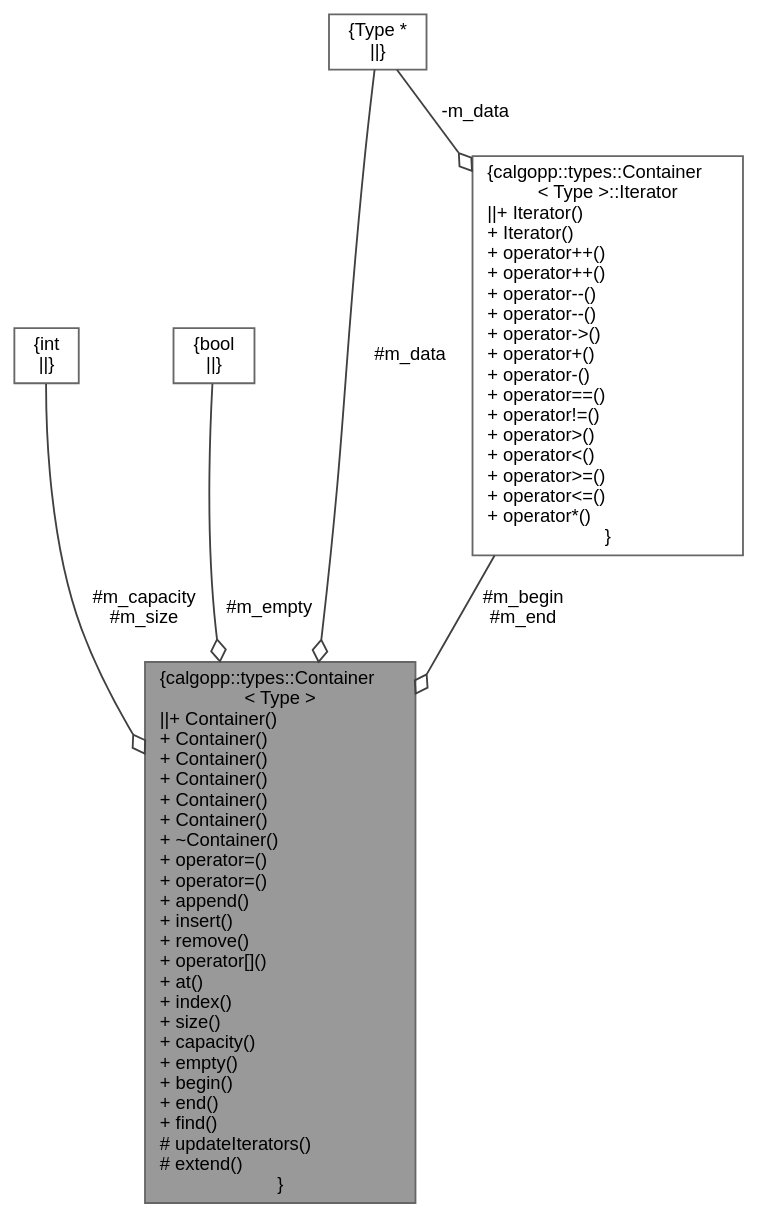
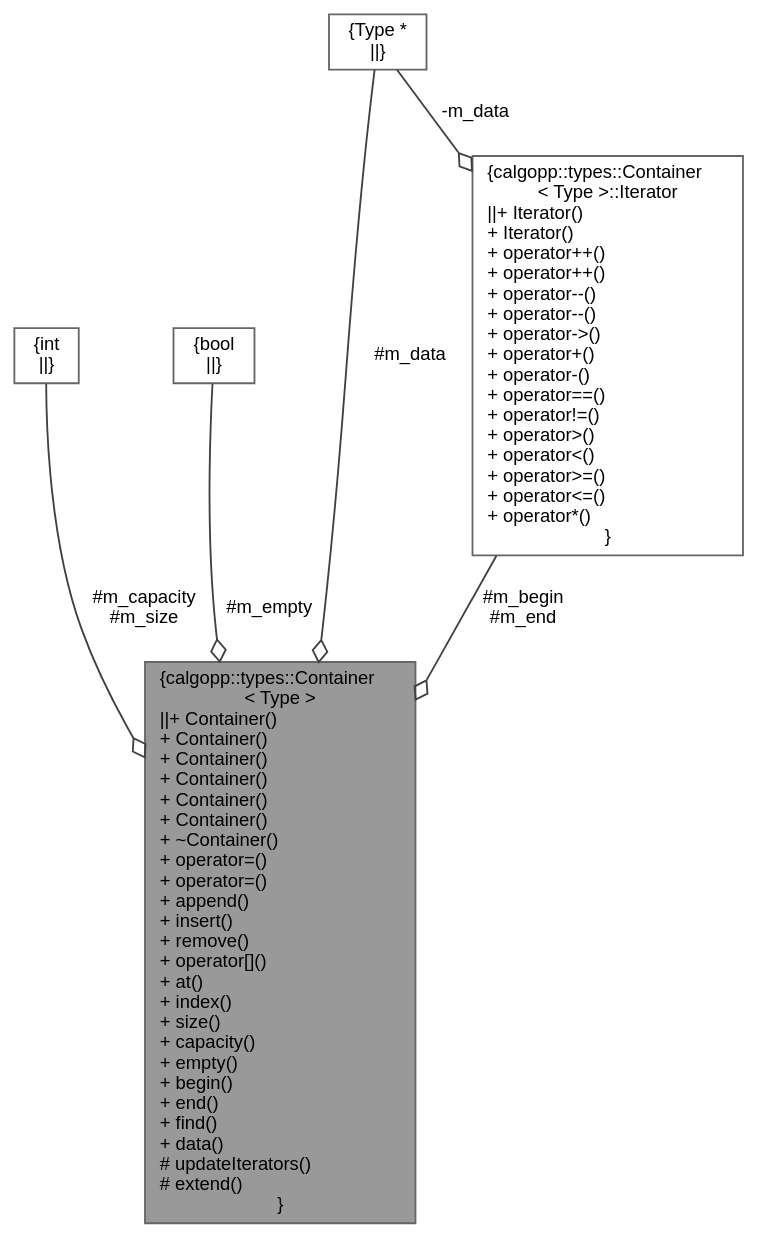
One commit to pawelekg95/algopp changed the diagram in classcalgopp_1_1types_1_1Container__coll__graph.dot. Above: the diagram before and after it, drawn with Graphviz. The commit also changed 26 other files, not shown here.

```diff
--- a/classcalgopp_1_1types_1_1Container__coll__graph.dot
+++ b/classcalgopp_1_1types_1_1Container__coll__graph.dot
@@ -1,17 +1,17 @@
 digraph "calgopp::types::Container&lt; Type &gt;"
 {
  // LATEX_PDF_SIZE
   bgcolor="transparent";
   edge [fontname=Helvetica,fontsize=10,labelfontname=Helvetica,labelfontsize=10];
   node [fontname=Helvetica,fontsize=10,shape=box,height=0.2,width=0.4];
-  Node1 [label="{calgopp::types::Container\l\< Type \>\n||+ Container()\l+ Container()\l+ Container()\l+ Container()\l+ Container()\l+ Container()\l+ ~Container()\l+ operator=()\l+ operator=()\l+ append()\l+ insert()\l+ remove()\l+ operator[]()\l+ at()\l+ index()\l+ size()\l+ capacity()\l+ empty()\l+ begin()\l+ end()\l+ find()\l# updateIterators()\l# extend()\l}",height=0.2,width=0.4,color="gray40", fillcolor="grey60", style="filled", fontcolor="black",tooltip=" "];
+  Node1 [label="{calgopp::types::Container\l\< Type \>\n||+ Container()\l+ Container()\l+ Container()\l+ Container()\l+ Container()\l+ Container()\l+ ~Container()\l+ operator=()\l+ operator=()\l+ append()\l+ insert()\l+ remove()\l+ operator[]()\l+ at()\l+ index()\l+ size()\l+ capacity()\l+ empty()\l+ begin()\l+ end()\l+ find()\l+ data()\l# updateIterators()\l# extend()\l}",height=0.2,width=0.4,color="gray40", fillcolor="grey60", style="filled", fontcolor="black",tooltip=" "];
   Node2 -> Node1 [color="grey25",style="solid",label=" #m_capacity\n#m_size" ,arrowhead="odiamond"];
   Node2 [label="{int\n||}",height=0.2,width=0.4,color="gray40", fillcolor="white", style="filled",tooltip=" "];
   Node3 -> Node1 [color="grey25",style="solid",label=" #m_empty" ,arrowhead="odiamond"];
   Node3 [label="{bool\n||}",height=0.2,width=0.4,color="gray40", fillcolor="white", style="filled",URL="$classbool.html",tooltip=" "];
   Node4 -> Node1 [color="grey25",style="solid",label=" #m_data" ,arrowhead="odiamond"];
   Node4 [label="{Type *\n||}",height=0.2,width=0.4,color="gray40", fillcolor="white", style="filled",tooltip=" "];
   Node5 -> Node1 [color="grey25",style="solid",label=" #m_begin\n#m_end" ,arrowhead="odiamond"];
   Node5 [label="{calgopp::types::Container\l\< Type \>::Iterator\n||+ Iterator()\l+ Iterator()\l+ operator++()\l+ operator++()\l+ operator--()\l+ operator--()\l+ operator-\>()\l+ operator+()\l+ operator-()\l+ operator==()\l+ operator!=()\l+ operator\>()\l+ operator\<()\l+ operator\>=()\l+ operator\<=()\l+ operator*()\l}",height=0.2,width=0.4,color="gray40", fillcolor="white", style="filled",URL="$classcalgopp_1_1types_1_1Container_1_1Iterator.html",tooltip=" "];
   Node4 -> Node5 [color="grey25",style="solid",label=" -m_data" ,arrowhead="odiamond"];
 }
```
